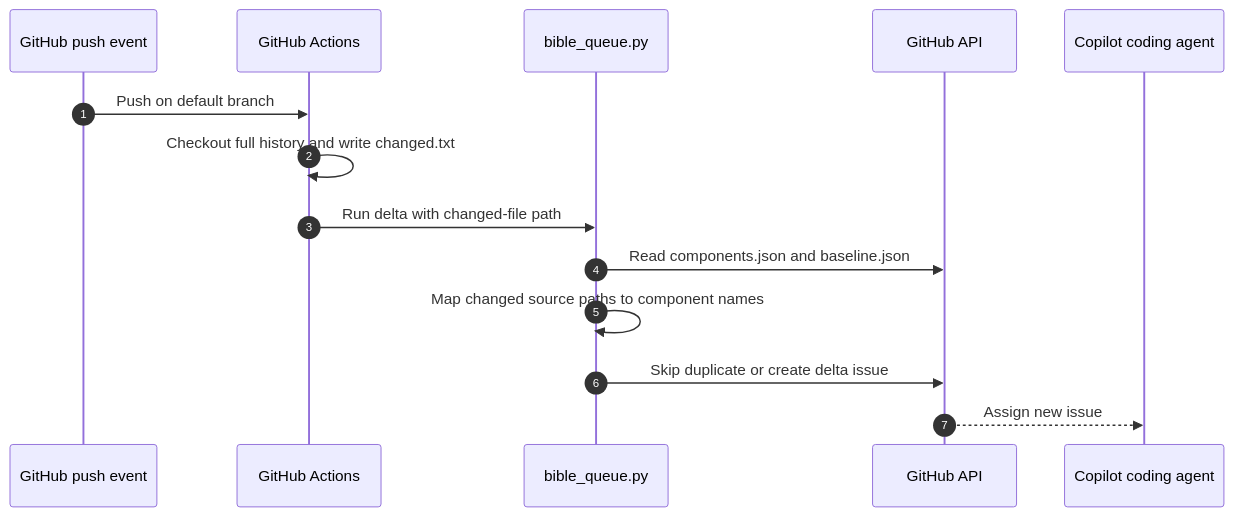
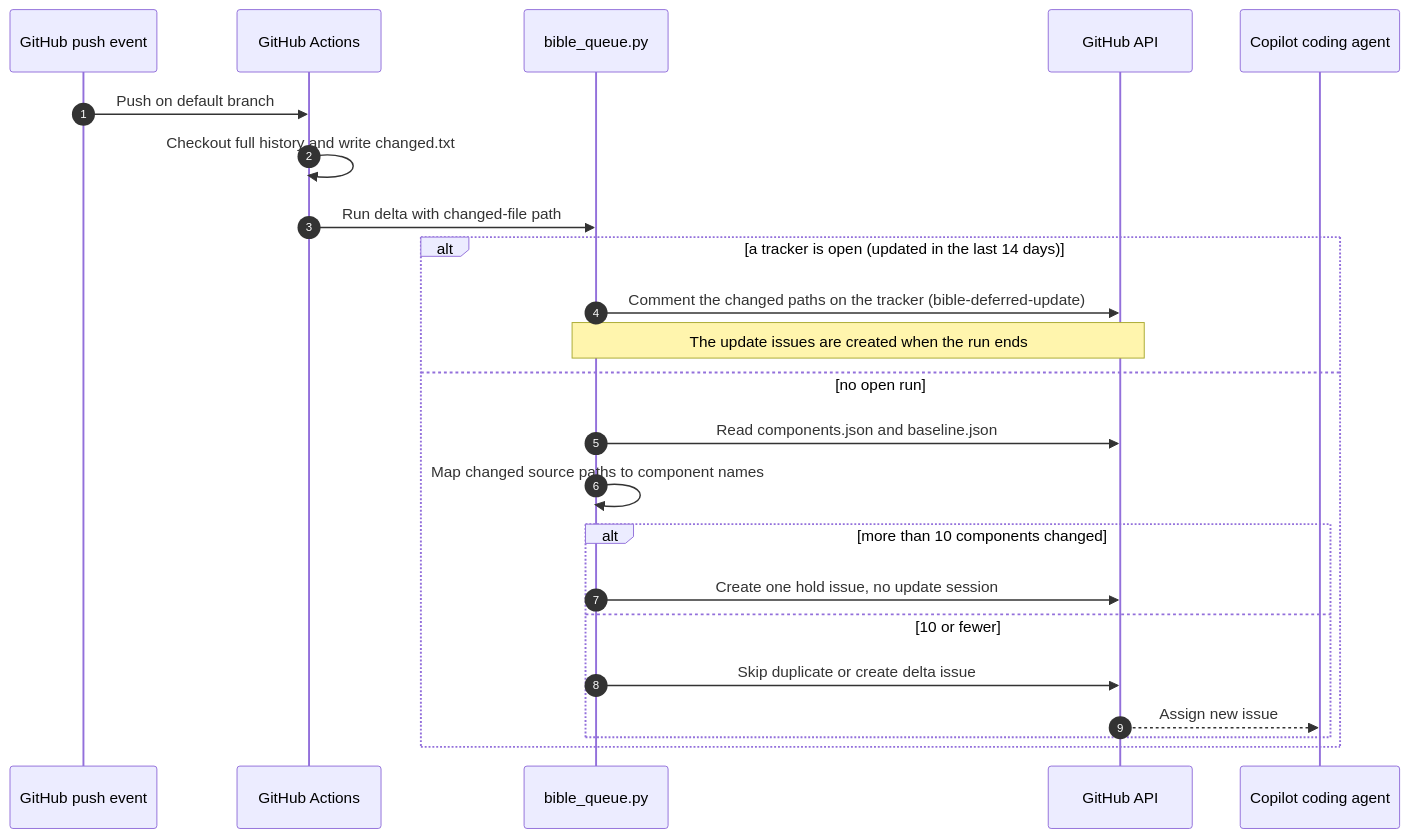
The fifth of 10 diagrams in codebase-analysis/hld/05-key-flows.md (vishalc412/bible-mode-b-test), drawn with Mermaid before and after one commit. The commit also changed other lines of this file and 38 other files, not shown here.

````diff
--- a/codebase-analysis/hld/05-key-flows.md
+++ b/codebase-analysis/hld/05-key-flows.md
@@ -199,16 +227,25 @@
 ```mermaid
 sequenceDiagram
   autonumber
   participant Git as GitHub push event
   participant Actions as GitHub Actions
   participant Queue as bible_queue.py
   participant API as GitHub API
   participant Agent as Copilot coding agent
   Git->>Actions: Push on default branch
   Actions->>Actions: Checkout full history and write changed.txt
   Actions->>Queue: Run delta with changed-file path
-  Queue->>API: Read components.json and baseline.json
-  Queue->>Queue: Map changed source paths to component names
-  Queue->>API: Skip duplicate or create delta issue
-  API-->>Agent: Assign new issue
+  alt a tracker is open (updated in the last 14 days)
+    Queue->>API: Comment the changed paths on the tracker (bible-deferred-update)
+    Note over Queue,API: The update issues are created when the run ends
+  else no open run
+    Queue->>API: Read components.json and baseline.json
+    Queue->>Queue: Map changed source paths to component names
+    alt more than 10 components changed
+      Queue->>API: Create one hold issue, no update session
+    else 10 or fewer
+      Queue->>API: Skip duplicate or create delta issue
+      API-->>Agent: Assign new issue
+    end
+  end
 ```
````
